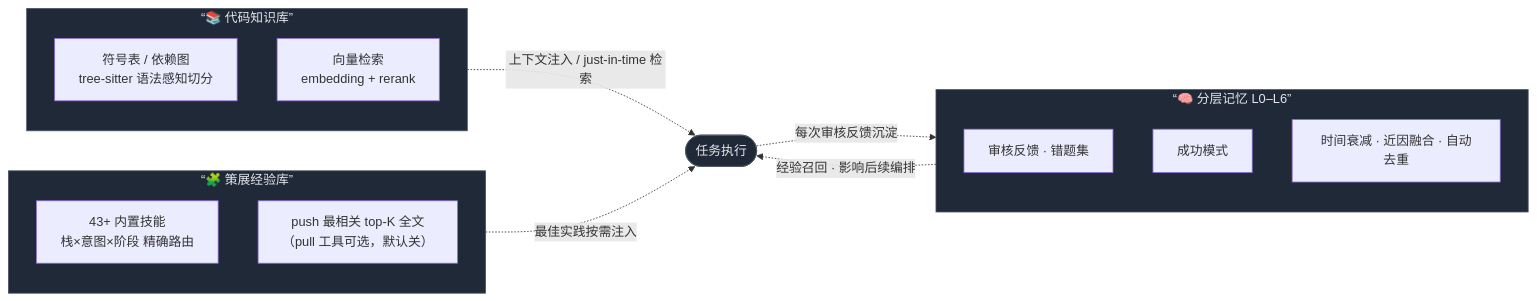
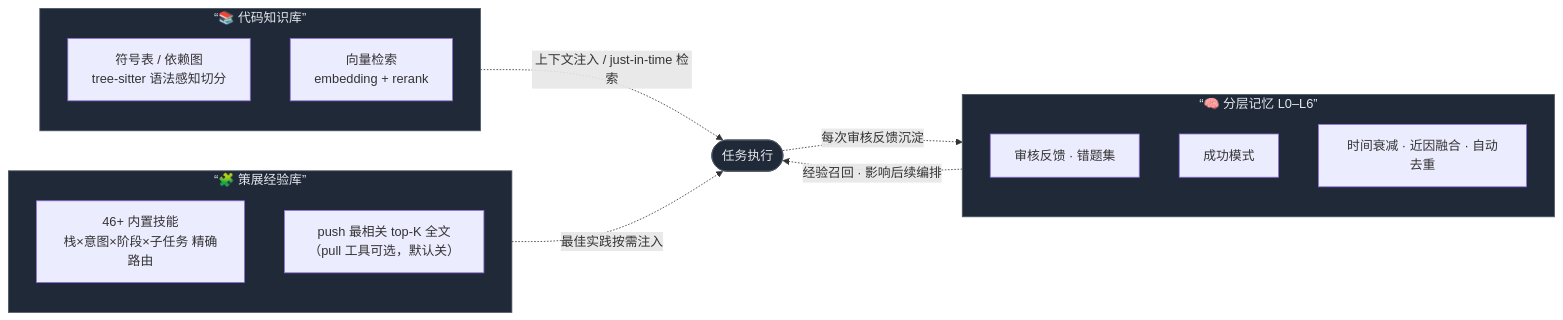
The fourth of 4 diagrams in README.md (Victzhang79/Swarm), drawn with Mermaid before and after one commit. The commit also changed other lines of this file and 24 other files, not shown here.

````diff
--- a/README.md
+++ b/README.md
@@ -236,26 +236,26 @@
 ```mermaid
 flowchart LR
     subgraph KB[“📚 代码知识库”]
       direction TB
       SYM[符号表 / 依赖图<br/>tree-sitter 语法感知切分]
       VEC[向量检索<br/>embedding + rerank]
     end
     subgraph MEM[“🧠 分层记忆 L0–L6”]
       direction TB
       FB[审核反馈 · 错题集]
       SP[成功模式]
       DK[时间衰减 · 近因融合 · 自动去重]
     end
     subgraph EXP[“🧩 策展经验库”]
       direction TB
-      SK[43+ 内置技能<br/>栈×意图×阶段 精确路由]
+      SK[46+ 内置技能<br/>栈×意图×阶段×子任务 精确路由]
       PP[push 最相关 top-K 全文<br/>（pull 工具可选，默认关）]
     end
     KB -. 上下文注入 / just-in-time 检索 .-> TASK([任务执行])
     EXP -. 最佳实践按需注入 .-> TASK
     TASK -. 每次审核反馈沉淀 .-> MEM
     MEM -. 经验召回 · 影响后续编排 .-> TASK
 
     classDef store fill:#1f2937,stroke:#4b5563,color:#e5e7eb;
     class MEM,KB,EXP,TASK store;
 ```
````
